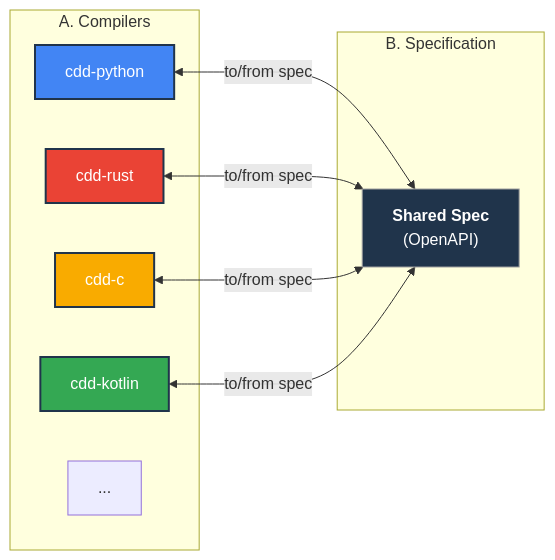
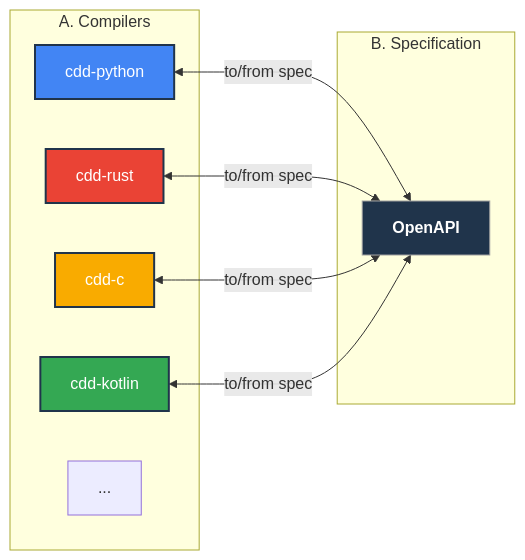
One commit to SamuelMarks/SamuelMarks changed the first of 2 diagrams in README.md. Above: the diagram before and after it, drawn with Mermaid. The commit also changed other lines of this file, not shown here.

````diff
--- a/README.md
+++ b/README.md
@@ -16,26 +16,26 @@
 ```mermaid
 graph LR
     subgraph "A. Compilers"
         PyComp["cdd-python"]:::blue
         RsComp["cdd-rust"]:::red
         CComp["cdd-c"]:::yellow
         KtComp["cdd-kotlin"]:::green
         EtcComp["..."]
     end
 
     subgraph "B. Specification"
-        OpenAPI["<b>Shared Spec</b><br>(OpenAPI)"]:::navy
+        OpenAPI["<b>OpenAPI</b>"]:::navy
     end
     
     PyComp <-- "to/from spec" --> OpenAPI
     RsComp <-- "to/from spec" --> OpenAPI
     CComp <-- "to/from spec" --> OpenAPI
     KtComp <-- "to/from spec" --> OpenAPI
 
     %% Styling
     classDef blue fill:#4285f4,stroke:#20344b,stroke-width:2px,color:#ffffff
     classDef green fill:#34a853,stroke:#20344b,stroke-width:2px,color:#ffffff
     classDef yellow fill:#f9ab00,stroke:#20344b,stroke-width:2px,color:#ffffff
     classDef red fill:#ea4335,stroke:#20344b,stroke-width:2px,color:#ffffff
     classDef navy fill:#20344b,stroke:#a0a0a0,stroke-width:1px,color:#ffffff
 ```
````
